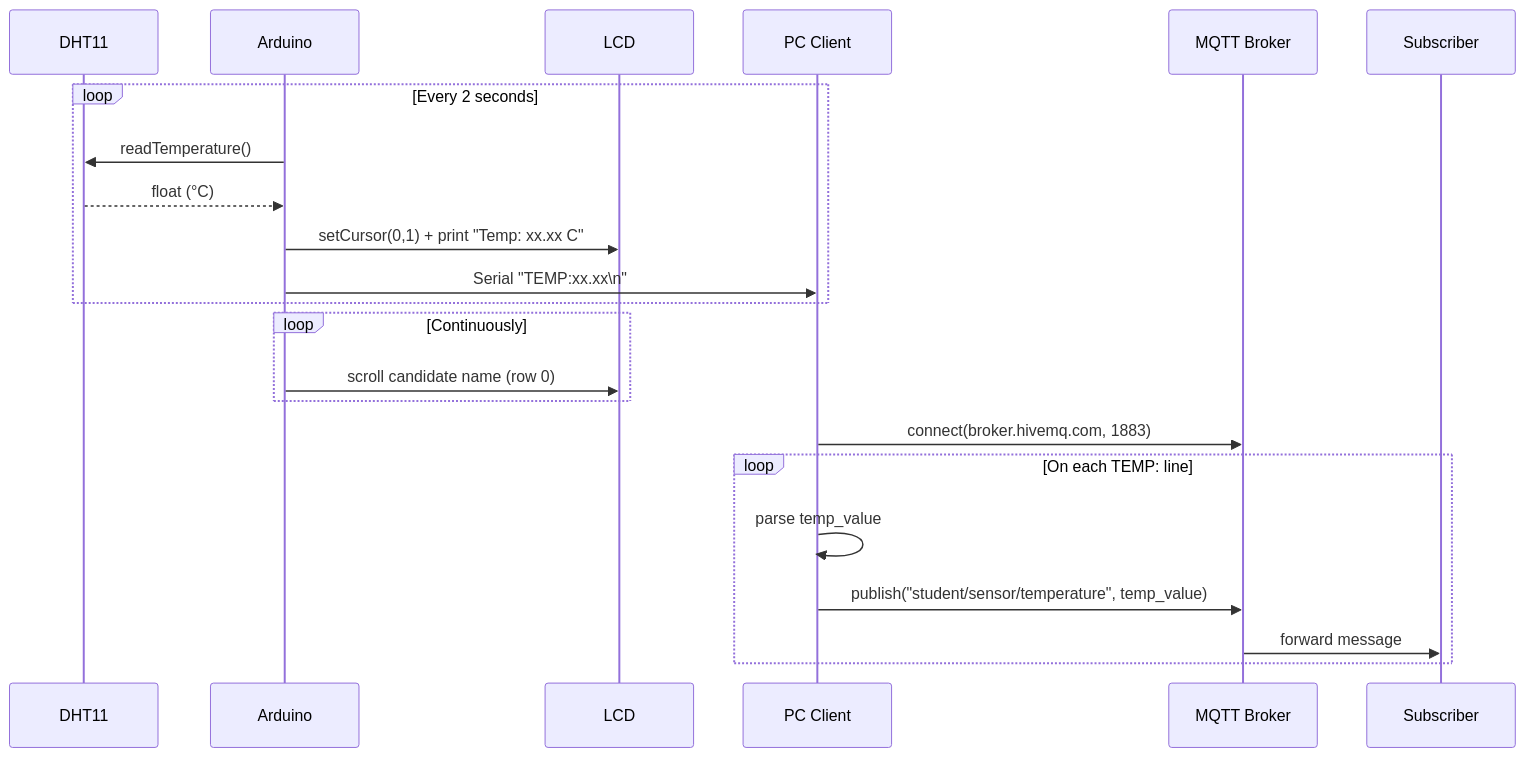
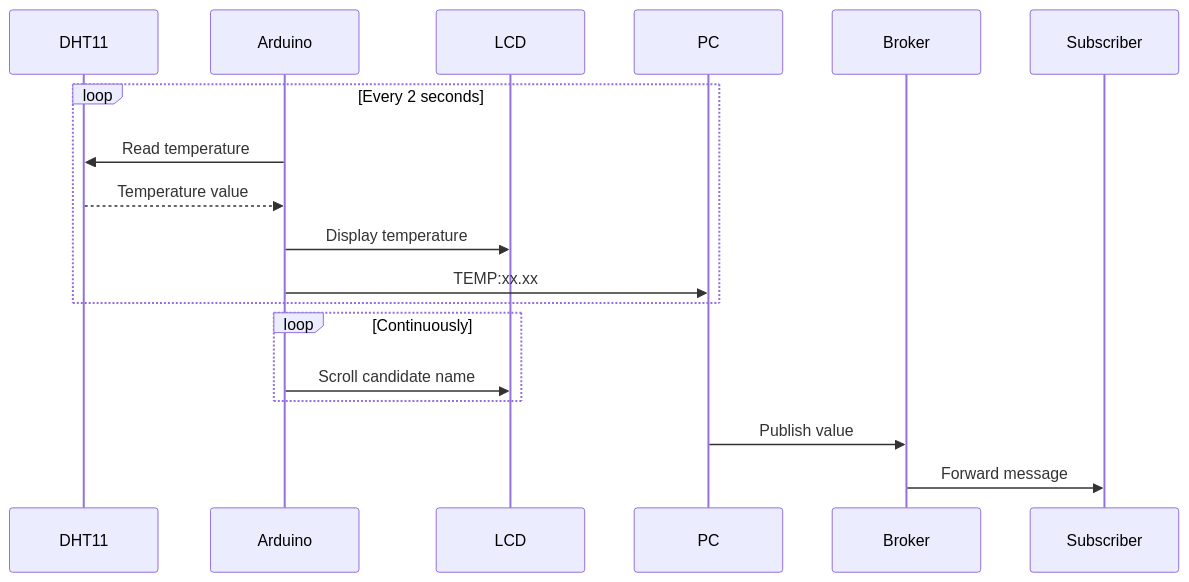
One commit to DonDurkheim/temperature-monitoring-system changed the second of 2 diagrams in README.md. Above: the diagram before and after it, drawn with Mermaid. The commit also changed other lines of this file, not shown here.

Commit message:
update readme with architecture diagrams and communication names

````diff
--- a/README.md
+++ b/README.md
@@ -62,27 +65,23 @@
 ```mermaid
 sequenceDiagram
     participant DHT11
     participant Arduino
     participant LCD
-    participant PC as PC Client
-    participant Broker as MQTT Broker
-    participant Sub as Subscriber
+    participant PC
+    participant Broker
+    participant Subscriber
 
     loop Every 2 seconds
-        Arduino->>DHT11: readTemperature()
-        DHT11-->>Arduino: float (°C)
-        Arduino->>LCD: setCursor(0,1) + print "Temp: xx.xx C"
-        Arduino->>PC: Serial "TEMP:xx.xx\n"
+        Arduino->>DHT11: Read temperature
+        DHT11-->>Arduino: Temperature value
+        Arduino->>LCD: Display temperature
+        Arduino->>PC: TEMP:xx.xx
     end
 
     loop Continuously
-        Arduino->>LCD: scroll candidate name (row 0)
+        Arduino->>LCD: Scroll candidate name
     end
 
-    PC->>Broker: connect(broker.hivemq.com, 1883)
-    loop On each TEMP: line
-        PC->>PC: parse temp_value
-        PC->>Broker: publish("student/sensor/temperature", temp_value)
-        Broker->>Sub: forward message
-    end
+    PC->>Broker: Publish value
+    Broker->>Subscriber: Forward message
 ```
````
